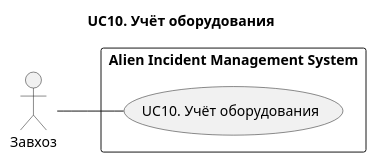
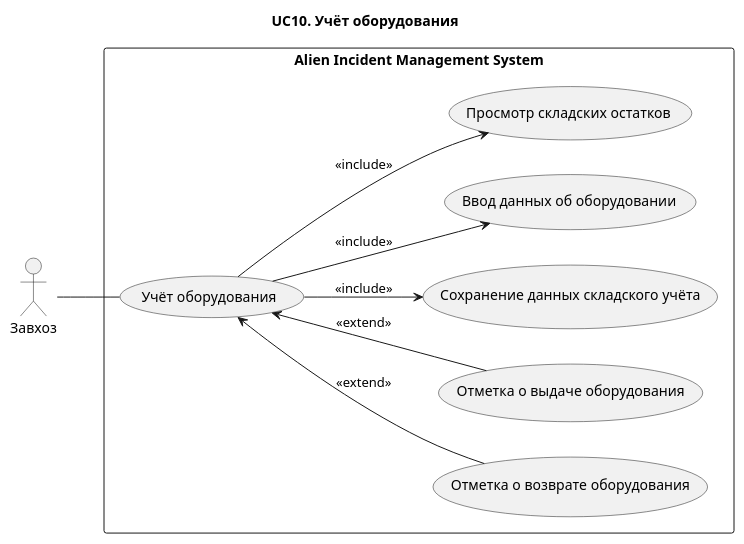
Before and after one commit to Andryss/AIMS: the diagram in docs/use-case/UC10.md, drawn with PlantUML. The commit also changed other lines of this file and 23 other files, not shown here.

Commit message:
docs: refine use-case diagrams and centralize rendering commands

````diff
--- a/docs/use-case/UC10.md
+++ b/docs/use-case/UC10.md
@@ -3,15 +5,29 @@
 ```plantuml
 @startuml
 title UC10. Учёт оборудования
 left to right direction
 
 actor "Завхоз" as Storekeeper
 
 rectangle "Alien Incident Management System" {
-  usecase "UC10. Учёт оборудования" as UC10
+
+(Учёт оборудования) as UC11
+
+(Отметка о возврате оборудования) as UC116
+(Отметка о выдаче оборудования) as UC115
+(Сохранение данных складского учёта) as UC114
+(Ввод данных об оборудовании) as UC112
+(Просмотр складских остатков) as UC111
+
 }
 
-Storekeeper -- UC10
+Storekeeper -- UC11
+
+UC11 --> UC111 : <<include>>
+UC11 --> UC112 : <<include>>
+UC11 --> UC114 : <<include>>
+UC11 <-- UC115 : <<extend>>
+UC11 <-- UC116 : <<extend>>
 
 @enduml
 ```
````
